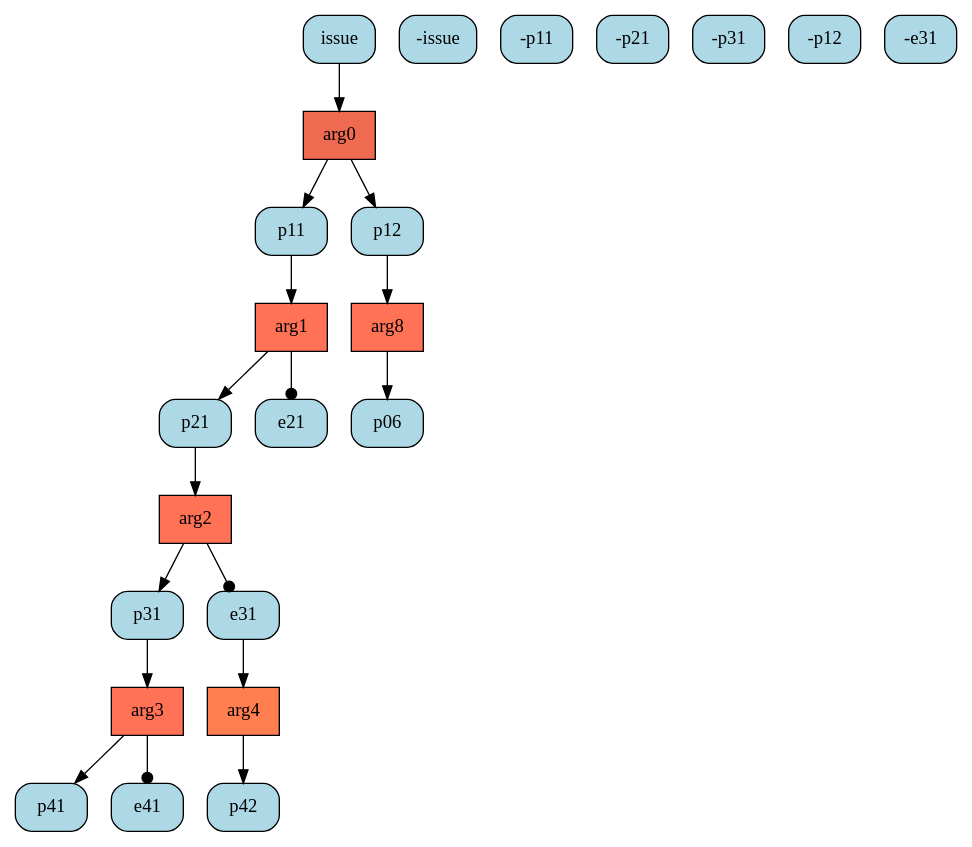
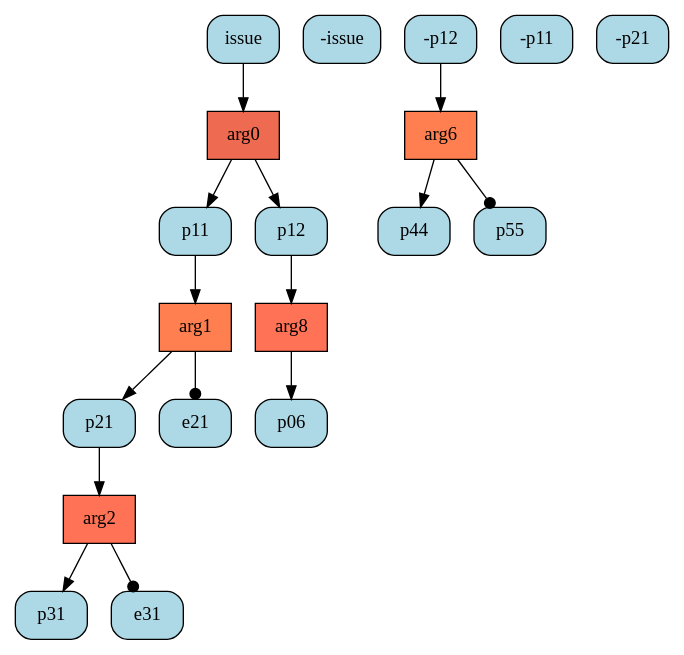
Before and after one commit to goweiting/carneades-ext: the diagram in system/dot/deep1vs1/1_1.dot, drawn with Graphviz. The commit also changed 62 other files, not shown here.

```diff
--- a/system/dot/deep1vs1/1_1.dot
+++ b/system/dot/deep1vs1/1_1.dot
@@ -1,41 +1,35 @@
 digraph G{ 
 "arg0" [color="black", fillcolor="coral2",fixedsize=false, shape=box, style="filled"]; 
 "issue" [color="black", fillcolor="lightblue", fixedsize=false,  shape="box", style="rounded,filled"]; 
 "-issue" [color="black", fillcolor="lightblue", fixedsize=false,  shape="box", style="rounded,filled"]; 
 "p11" [color="black", fillcolor="lightblue", fixedsize=false,  shape="box", style="rounded,filled"]; 
 "p12" [color="black", fillcolor="lightblue", fixedsize=false,  shape="box", style="rounded,filled"]; 
-"arg1" [color="black", fillcolor="coral1",fixedsize=false, shape=box, style="filled"]; 
+"arg8" [color="black", fillcolor="coral1",fixedsize=false, shape=box, style="filled"]; 
+"-p12" [color="black", fillcolor="lightblue", fixedsize=false,  shape="box", style="rounded,filled"]; 
+"p06" [color="black", fillcolor="lightblue", fixedsize=false,  shape="box", style="rounded,filled"]; 
+"arg1" [color="black", fillcolor="coral",fixedsize=false, shape=box, style="filled"]; 
 "-p11" [color="black", fillcolor="lightblue", fixedsize=false,  shape="box", style="rounded,filled"]; 
 "p21" [color="black", fillcolor="lightblue", fixedsize=false,  shape="box", style="rounded,filled"]; 
 "e21" [color="black", fillcolor="lightblue", fixedsize=false,  shape="box", style="rounded,filled"]; 
 "arg2" [color="black", fillcolor="coral1",fixedsize=false, shape=box, style="filled"]; 
 "-p21" [color="black", fillcolor="lightblue", fixedsize=false,  shape="box", style="rounded,filled"]; 
 "p31" [color="black", fillcolor="lightblue", fixedsize=false,  shape="box", style="rounded,filled"]; 
 "e31" [color="black", fillcolor="lightblue", fixedsize=false,  shape="box", style="rounded,filled"]; 
-"arg3" [color="black", fillcolor="coral1",fixedsize=false, shape=box, style="filled"]; 
-"-p31" [color="black", fillcolor="lightblue", fixedsize=false,  shape="box", style="rounded,filled"]; 
-"p41" [color="black", fillcolor="lightblue", fixedsize=false,  shape="box", style="rounded,filled"]; 
-"e41" [color="black", fillcolor="lightblue", fixedsize=false,  shape="box", style="rounded,filled"]; 
-"arg8" [color="black", fillcolor="coral1",fixedsize=false, shape=box, style="filled"]; 
-"-p12" [color="black", fillcolor="lightblue", fixedsize=false,  shape="box", style="rounded,filled"]; 
-"p06" [color="black", fillcolor="lightblue", fixedsize=false,  shape="box", style="rounded,filled"]; 
-"arg4" [color="black", fillcolor="coral",fixedsize=false, shape=box, style="filled"]; 
-"-e31" [color="black", fillcolor="lightblue", fixedsize=false,  shape="box", style="rounded,filled"]; 
-"p42" [color="black", fillcolor="lightblue", fixedsize=false,  shape="box", style="rounded,filled"]; 
+"arg6" [color="black", fillcolor="coral",fixedsize=false, shape=box, style="filled"]; 
+"p44" [color="black", fillcolor="lightblue", fixedsize=false,  shape="box", style="rounded,filled"]; 
+"p55" [color="black", fillcolor="lightblue", fixedsize=false,  shape="box", style="rounded,filled"]; 
 "issue" -> "arg0" ; 
 "arg0" -> "p11" ; 
 "arg0" -> "p12" ; 
+"p12" -> "arg8" ; 
+"arg8" -> "p06" ; 
 "p11" -> "arg1" ; 
 "arg1" -> "p21" ; 
 "arg1" -> "e21" [arrowhead=dot] ; 
 "p21" -> "arg2" ; 
 "arg2" -> "p31" ; 
 "arg2" -> "e31" [arrowhead=dot] ; 
-"p31" -> "arg3" ; 
-"arg3" -> "p41" ; 
-"arg3" -> "e41" [arrowhead=dot] ; 
-"p12" -> "arg8" ; 
-"arg8" -> "p06" ; 
-"e31" -> "arg4" ; 
-"arg4" -> "p42" ; 
+"-p12" -> "arg6" ; 
+"arg6" -> "p44" ; 
+"arg6" -> "p55" [arrowhead=dot] ; 
 }
```
